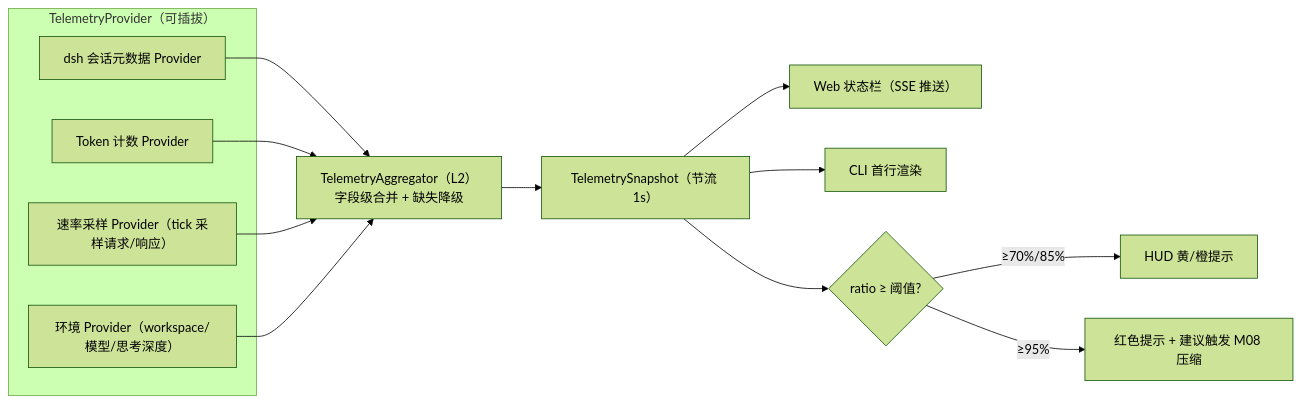
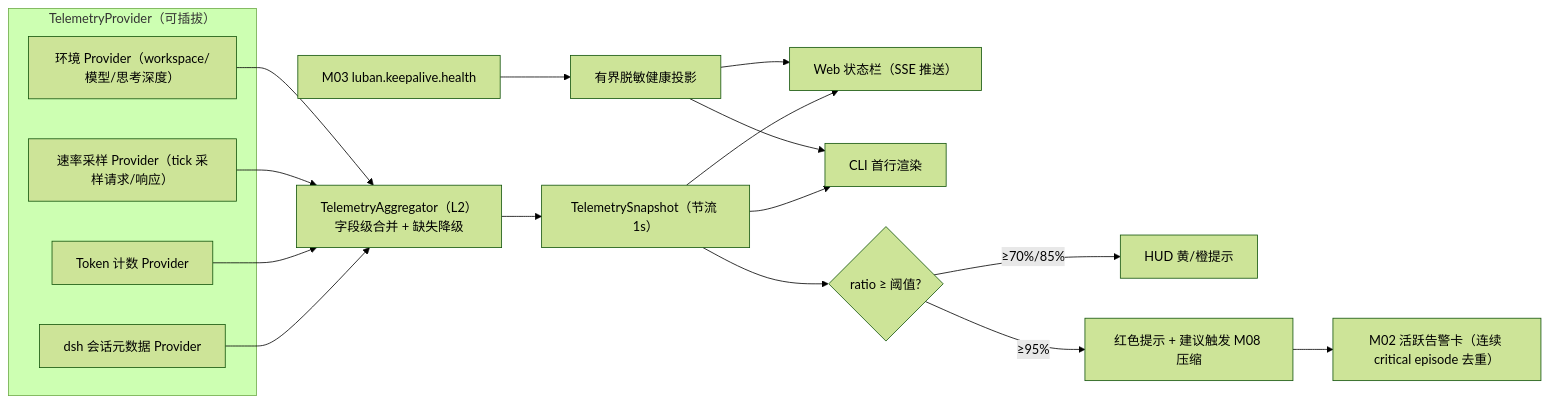
Before and after one commit to yin52133/dsh-luban: the diagram in design/03-modules/M07-hud.md, drawn with Mermaid (forest theme). The commit also changed other lines of this file and 15 other files, not shown here.

Commit message:
feat(hud): surface health and critical alerts

````diff
--- a/design/03-modules/M07-hud.md
+++ b/design/03-modules/M07-hud.md
@@ -33,16 +34,19 @@
 ```mermaid
 flowchart LR
     subgraph Providers["TelemetryProvider（可插拔）"]
         P1["dsh 会话元数据 Provider"]
         P2["Token 计数 Provider"]
         P3["速率采样 Provider（tick 采样请求/响应）"]
         P4["环境 Provider（workspace/模型/思考深度）"]
     end
     P1 & P2 & P3 & P4 --> AGG["TelemetryAggregator（L2）<br/>字段级合并 + 缺失降级"]
     AGG --> SNAP["TelemetrySnapshot（节流 1s）"]
     SNAP --> W["Web 状态栏（SSE 推送）"]
     SNAP --> C["CLI 首行渲染"]
     SNAP --> T{"ratio ≥ 阈值?"}
     T -- "≥70%/85%" --> N1["HUD 黄/橙提示"]
     T -- "≥95%" --> N2["红色提示 + 建议触发 M08 压缩"]
+    N2 --> TB["M02 活跃告警卡（连续 critical episode 去重）"]
+    K["M03 luban.keepalive.health"] --> KH["有界脱敏健康投影"]
+    KH --> W & C
 ```
````
